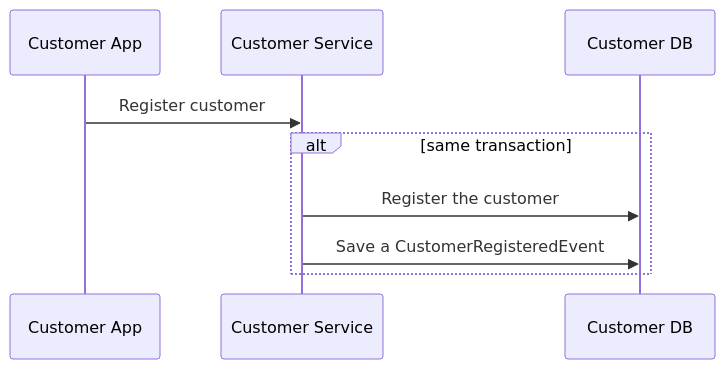
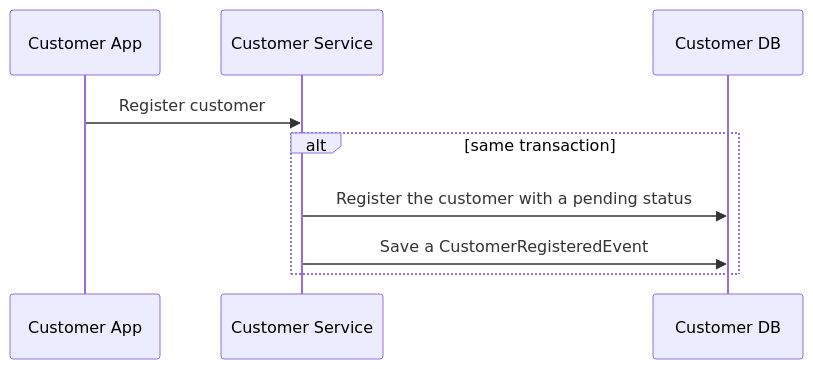
Before and after one commit to hehehenri/money-transaction-system: the first of 3 diagrams in README.md, drawn with Mermaid. The commit also changed other lines of this file, not shown here.

````diff
--- a/README.md
+++ b/README.md
@@ -7,9 +7,8 @@
 ```mermaid
 sequenceDiagram
 Customer App->>Customer Service: Register customer
 alt same transaction
-Customer Service->>Customer DB: Register the customer
+Customer Service->>Customer DB: Register the customer with a pending status
 Customer Service->>Customer DB: Save a CustomerRegisteredEvent
 end
-
 ```
````
